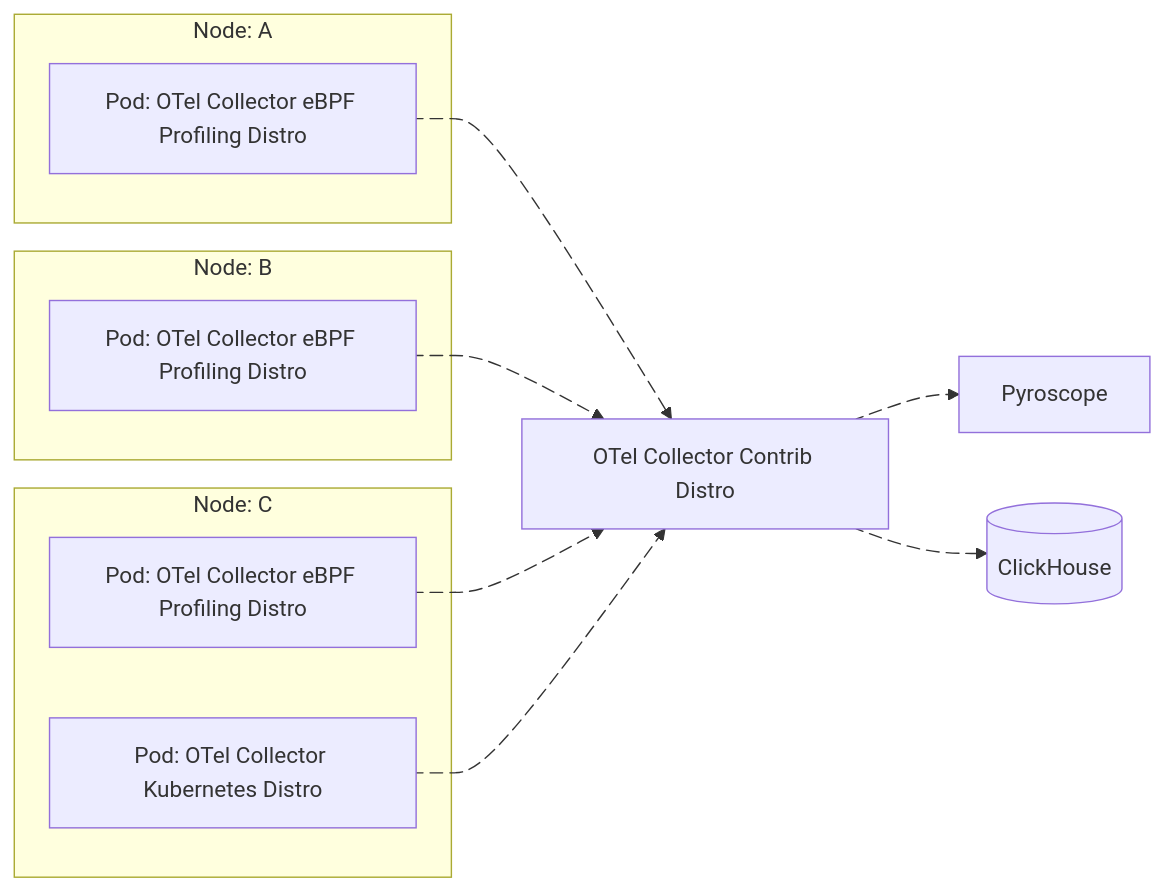
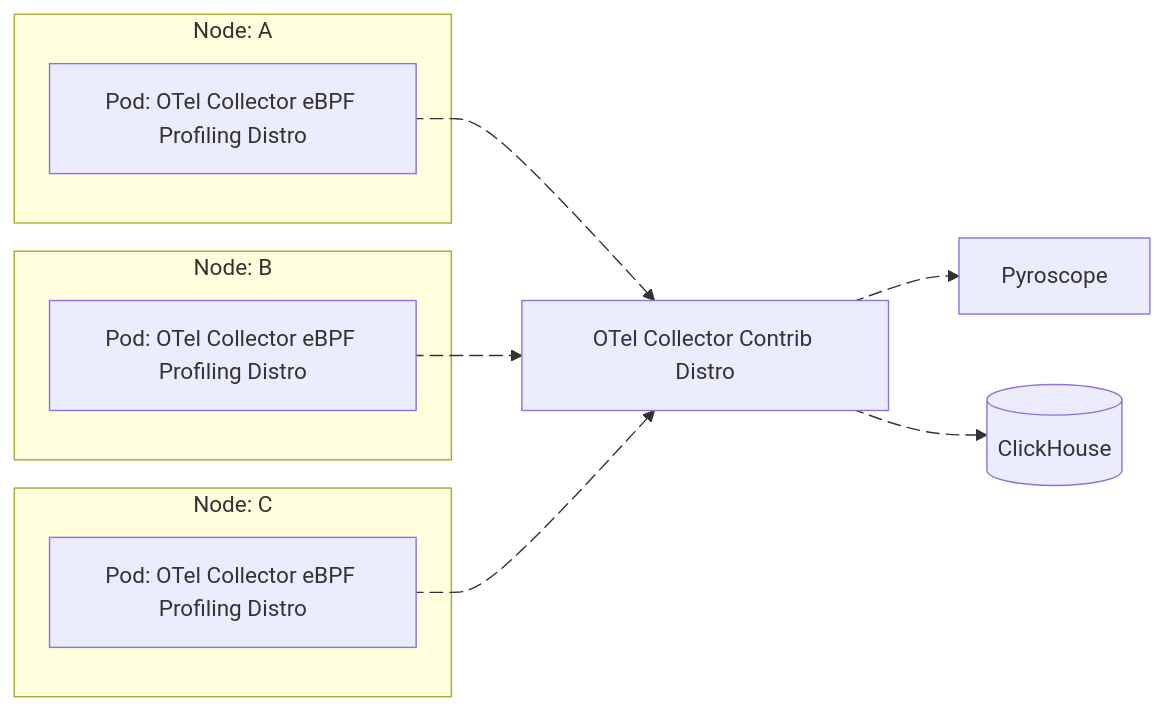
Before and after one commit to danielpacak/opentelemetry-collector-ebpf-profiler: the first of 2 diagrams in README.md, drawn with Mermaid. The commit also changed other lines of this file, not shown here.

````diff
--- a/README.md
+++ b/README.md
@@ -257,29 +223,26 @@
 ``` mermaid
 flowchart LR
   subgraph nodeA["Node: A"]
     collector-ebpf-profiler-a["Pod: OTel Collector eBPF Profiling Distro"]
   end
   subgraph nodeB["Node: B"]
     collector-ebpf-profiler-b["Pod: OTel Collector eBPF Profiling Distro"]
   end
   subgraph nodeC["Node: C"]
     collector-ebpf-profiler-c["Pod: OTel Collector eBPF Profiling Distro"]
-    collector-kubernetes["Pod: OTel Collector Kubernetes Distro"]
   end
   pyroscope["Pyroscope"]
   clickhouse@{ shape: cyl, label: "ClickHouse" }
   otel-collector["OTel Collector Contrib Distro"]
   collector-ebpf-profiler-a e2@--> otel-collector
   collector-ebpf-profiler-b e3@--> otel-collector
   collector-ebpf-profiler-c e4@--> otel-collector
   otel-collector e5@--> pyroscope
   otel-collector e1@--> clickhouse
-  collector-kubernetes e6@--> otel-collector
 
   e1@{ animate: true }
   e2@{ animate: true }
   e3@{ animate: true }
   e4@{ animate: true }
   e5@{ animate: true }
-  e6@{ animate: true }
 ```
````
